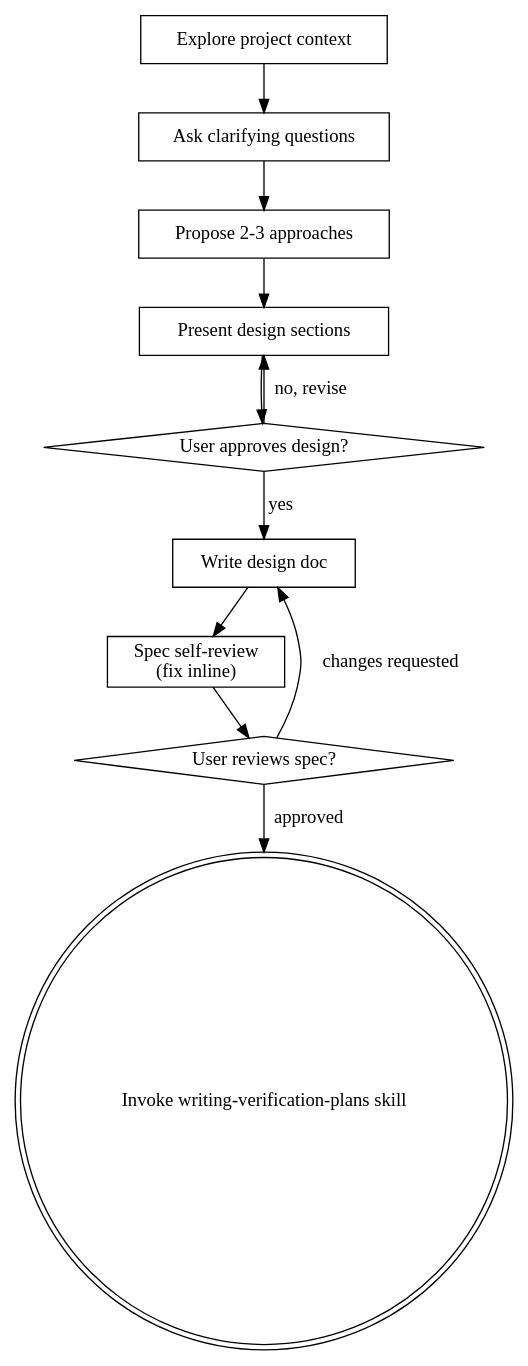
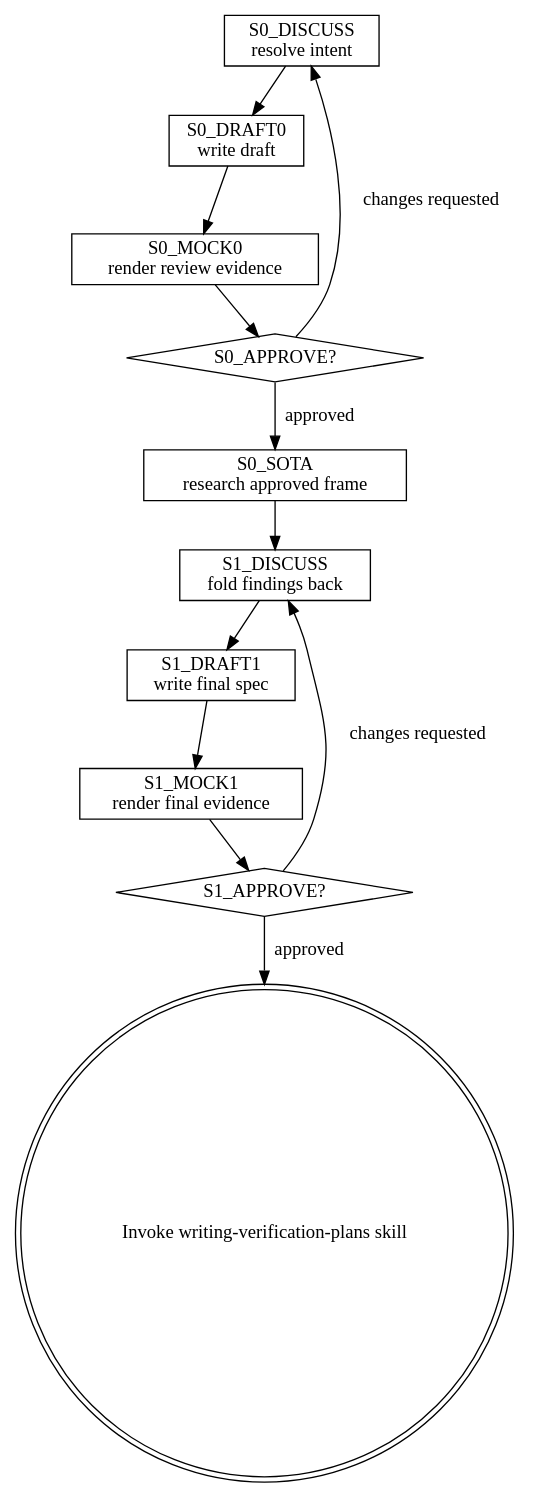
One commit to oxydavid-maxx/superpowers changed the diagram in skills/brainstorming/SKILL.md. Above: the diagram before and after it, drawn with Graphviz. The commit also changed other lines of this file and 17 other files, not shown here.

````diff
--- a/skills/brainstorming/SKILL.md
+++ b/skills/brainstorming/SKILL.md
@@ -74,24 +77,26 @@
 ```dot
 digraph brainstorming {
-    "Explore project context" [shape=box];
-    "Ask clarifying questions" [shape=box];
-    "Propose 2-3 approaches" [shape=box];
-    "Present design sections" [shape=box];
-    "User approves design?" [shape=diamond];
-    "Write design doc" [shape=box];
-    "Spec self-review\n(fix inline)" [shape=box];
-    "User reviews spec?" [shape=diamond];
+    "S0_DISCUSS\nresolve intent" [shape=box];
+    "S0_DRAFT0\nwrite draft" [shape=box];
+    "S0_MOCK0\nrender review evidence" [shape=box];
+    "S0_APPROVE?" [shape=diamond];
+    "S0_SOTA\nresearch approved frame" [shape=box];
+    "S1_DISCUSS\nfold findings back" [shape=box];
+    "S1_DRAFT1\nwrite final spec" [shape=box];
+    "S1_MOCK1\nrender final evidence" [shape=box];
+    "S1_APPROVE?" [shape=diamond];
     "Invoke writing-verification-plans skill" [shape=doublecircle];
 
-    "Explore project context" -> "Ask clarifying questions";
-    "Ask clarifying questions" -> "Propose 2-3 approaches";
-    "Propose 2-3 approaches" -> "Present design sections";
-    "Present design sections" -> "User approves design?";
-    "User approves design?" -> "Present design sections" [label="no, revise"];
-    "User approves design?" -> "Write design doc" [label="yes"];
-    "Write design doc" -> "Spec self-review\n(fix inline)";
-    "Spec self-review\n(fix inline)" -> "User reviews spec?";
-    "User reviews spec?" -> "Write design doc" [label="changes requested"];
-    "User reviews spec?" -> "Invoke writing-verification-plans skill" [label="approved"];
+    "S0_DISCUSS\nresolve intent" -> "S0_DRAFT0\nwrite draft";
+    "S0_DRAFT0\nwrite draft" -> "S0_MOCK0\nrender review evidence";
+    "S0_MOCK0\nrender review evidence" -> "S0_APPROVE?";
+    "S0_APPROVE?" -> "S0_DISCUSS\nresolve intent" [label="changes requested"];
+    "S0_APPROVE?" -> "S0_SOTA\nresearch approved frame" [label="approved"];
+    "S0_SOTA\nresearch approved frame" -> "S1_DISCUSS\nfold findings back";
+    "S1_DISCUSS\nfold findings back" -> "S1_DRAFT1\nwrite final spec";
+    "S1_DRAFT1\nwrite final spec" -> "S1_MOCK1\nrender final evidence";
+    "S1_MOCK1\nrender final evidence" -> "S1_APPROVE?";
+    "S1_APPROVE?" -> "S1_DISCUSS\nfold findings back" [label="changes requested"];
+    "S1_APPROVE?" -> "Invoke writing-verification-plans skill" [label="approved"];
 }
 ```
````
